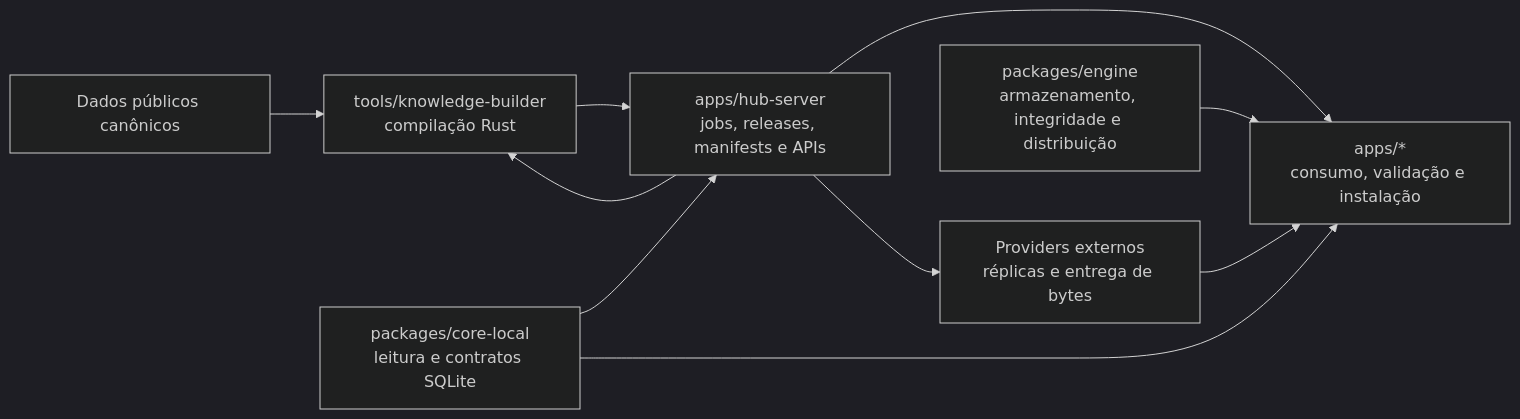
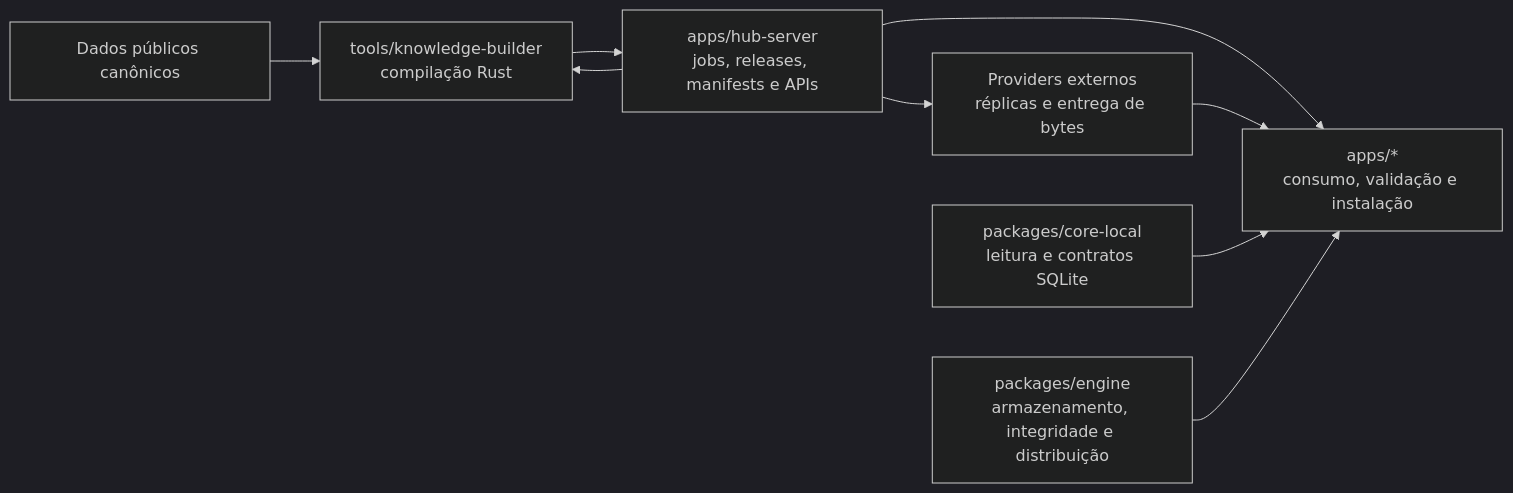
The third of 3 diagrams in docs/plans/hub-server/README.md (migmoroni/veterinary-clinic), drawn with Mermaid (dark theme) before and after one commit. The commit also changed other lines of this file and 9 other files, not shown here.

````diff
--- a/docs/plans/hub-server/README.md
+++ b/docs/plans/hub-server/README.md
@@ -132,12 +150,11 @@
 ```mermaid
 flowchart LR
     DATA["Dados públicos canônicos"] --> BUILDER["tools/knowledge-builder<br/>compilação Rust"]
     HUB["apps/hub-server<br/>jobs, releases, manifests e APIs"] --> BUILDER
     BUILDER --> HUB
     HUB --> APP["apps/*<br/>consumo, validação e instalação"]
     HUB --> PROVIDERS["Providers externos<br/>réplicas e entrega de bytes"]
     PROVIDERS --> APP
-    CORE["packages/core-local<br/>leitura e contratos SQLite"] --> HUB
-    CORE --> APP
+    CORE["packages/core-local<br/>leitura e contratos SQLite"] --> APP
     ENGINE["packages/engine<br/>armazenamento, integridade e distribuição"] --> APP
 ```
````
